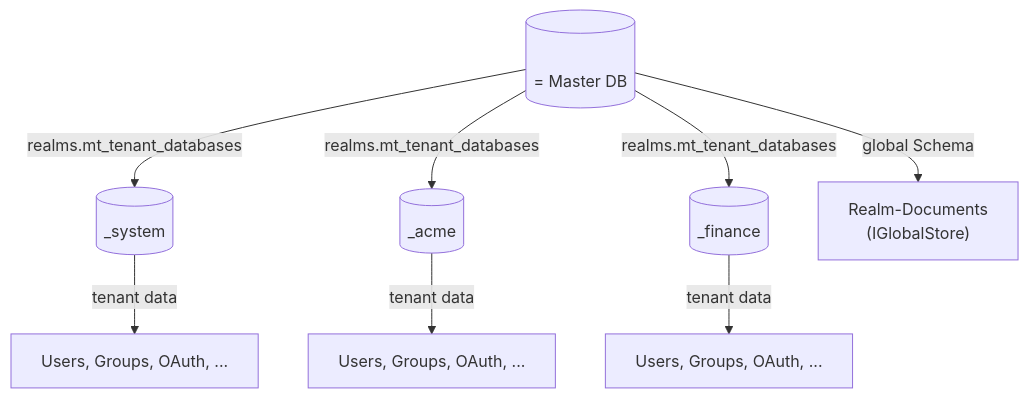
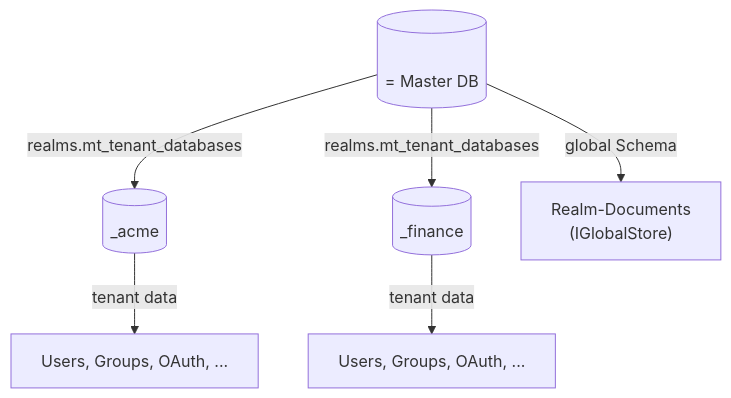
Before and after one commit to cocoar-dev/modgud: the diagram in docs/concepts/realms.md, drawn with Mermaid. The commit also changed other lines of this file and 71 other files, not shown here.

````diff
--- a/docs/concepts/realms.md
+++ b/docs/concepts/realms.md
@@ -69,12 +66,10 @@
 ```mermaid
 graph TD
     Master[(<master-db><br/>= Master DB)]
-    Master -->|realms.mt_tenant_databases| System[(<master-db>_system)]
     Master -->|realms.mt_tenant_databases| Acme[(<master-db>_acme)]
     Master -->|realms.mt_tenant_databases| Finance[(<master-db>_finance)]
 
     Master -->|global Schema| GlobalRealm["Realm-Documents<br/>(IGlobalStore)"]
-    System -->|tenant data| SystemUsers[Users, Groups, OAuth, ...]
     Acme -->|tenant data| AcmeUsers[Users, Groups, OAuth, ...]
     Finance -->|tenant data| FinanceUsers[Users, Groups, OAuth, ...]
 ```
````
